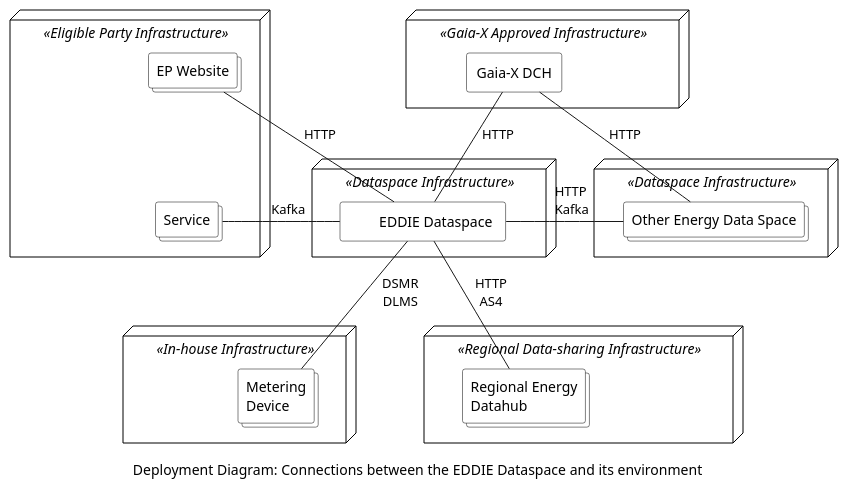
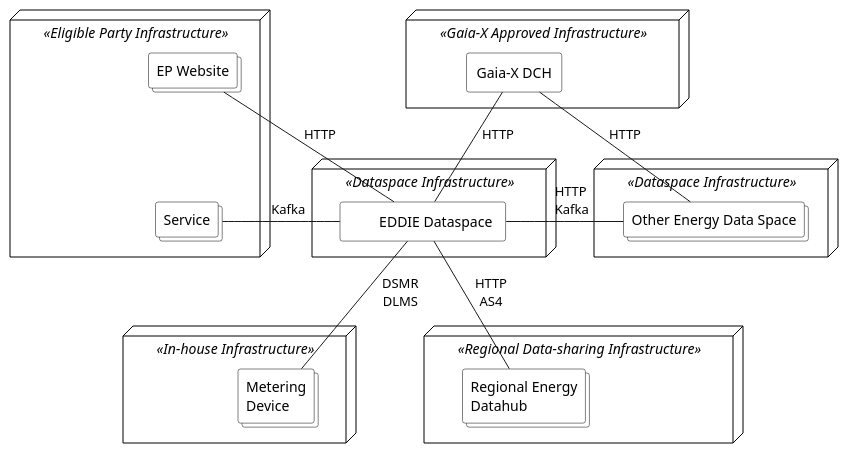
Before and after one commit to eddie-energy/architecture: the diagram in arc42/deployment-view/figures/deployment-diagram-dataspace.puml, drawn with PlantUML. The commit also changed 6 other files, not shown here.

```diff
--- a/arc42/deployment-view/figures/deployment-diagram-dataspace.puml
+++ b/arc42/deployment-view/figures/deployment-diagram-dataspace.puml
@@ -1,62 +1,61 @@
 @startuml deployment-diagram-dataspace
 'deployment diagram
-caption Deployment Diagram: Connections between the EDDIE Dataspace and its environment 
 
 
 skinparam component{
   BorderColor black
   BackgroundColor transparent
 }
 skinparam package {
   BorderColor black
   BackgroundColor white
 }
 skinparam node{
   BorderColor black
   BackgroundColor transparent
 }
 skinparam collections {
   BorderColor black
   BackgroundColor white
 }
 skinparam rectangle {
   BorderColor black
   BackgroundColor transparent
 }
 
 node <<Eligible Party Infrastructure>> {
   collections "Service" as service
   collections "EP Website" as website
 }
 node <<In-house Infrastructure>> {
   collections "Metering\nDevice" as smartMeter
 }
 node <<Regional Data-sharing Infrastructure>>{
   collections "Regional Energy\nDatahub" as regionalData
 }
 node <<Gaia-X Approved Infrastructure>> {
   rectangle "Gaia-X DCH" as gaiaX
 }
 node <<Dataspace Infrastructure>> {
   rectangle "\tEDDIE Dataspace\t" as eddieDataspace
 }
 node <<Dataspace Infrastructure>> {
   collections "Other Energy Data Space" as otherDataspace
 }
 
 website -[hidden]down- service
 website -right- eddieDataspace : HTTP
 service -right- eddieDataspace : \t Kafka\t
 
 
 gaiaX -down- eddieDataspace : HTTP
 gaiaX -down- otherDataspace : HTTP
 
 eddieDataspace -right- otherDataspace : \t HTTP\t\n\t Kafka\t
 
 eddieDataspace -down- smartMeter : DSMR\nDLMS
 smartMeter -[hidden]right- regionalData :\t\t\t\t
 eddieDataspace -down- regionalData : HTTP\nAS4
 
 
 @enduml
```
